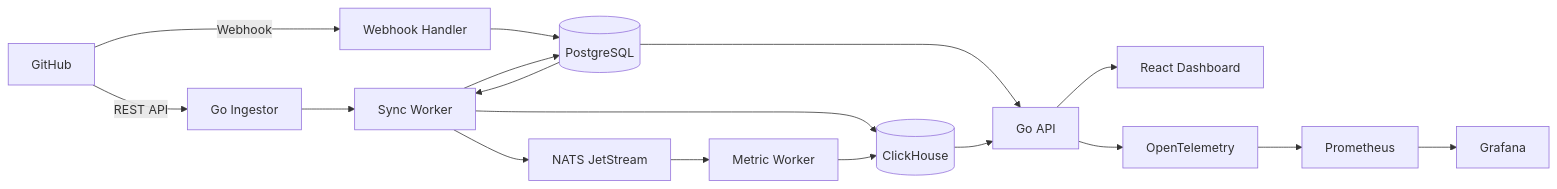
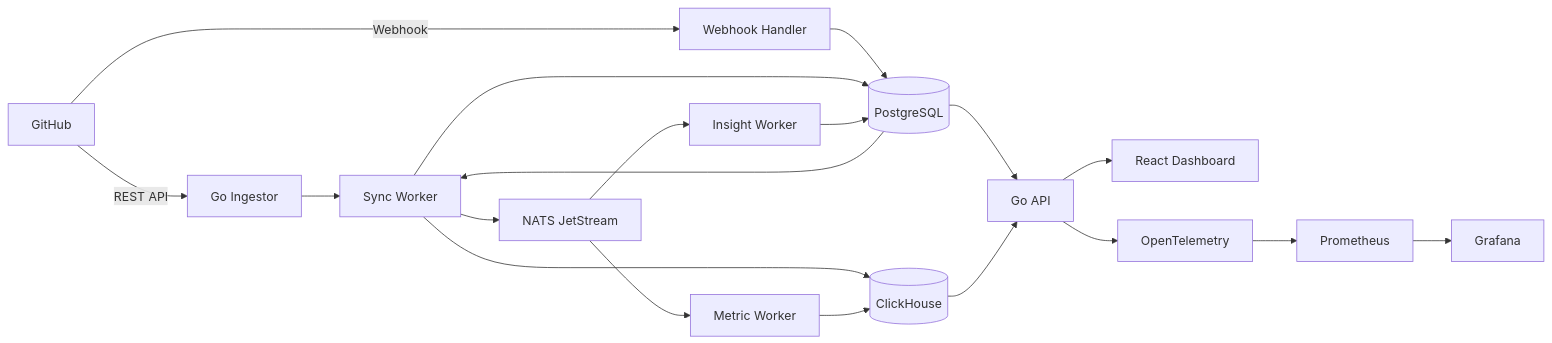
One commit to PangIkp/devlens-api changed the diagram in docs/01-business-logic-architecture.md. Above: the diagram before and after it, drawn with Mermaid. The commit also changed other lines of this file and 12 other files, not shown here.

````diff
--- a/docs/01-business-logic-architecture.md
+++ b/docs/01-business-logic-architecture.md
@@ -170,19 +170,21 @@
 ```mermaid
 flowchart LR
     GH[GitHub] -->|REST API| ING[Go Ingestor]
     GH -->|Webhook| WH[Webhook Handler]
     ING --> SW[Sync Worker]
     WH --> PG[(PostgreSQL)]
     PG --> SW
     SW --> NATS[NATS JetStream]
     NATS --> MW[Metric Worker]
+    NATS --> IW[Insight Worker]
     SW --> PG[(PostgreSQL)]
     SW --> CH[(ClickHouse)]
     MW --> CH
+    IW --> PG
     PG --> API[Go API]
     CH --> API
     API --> FE[React Dashboard]
     API --> OTEL[OpenTelemetry]
     OTEL --> PROM[Prometheus]
     PROM --> GRAF[Grafana]
 ```
````
